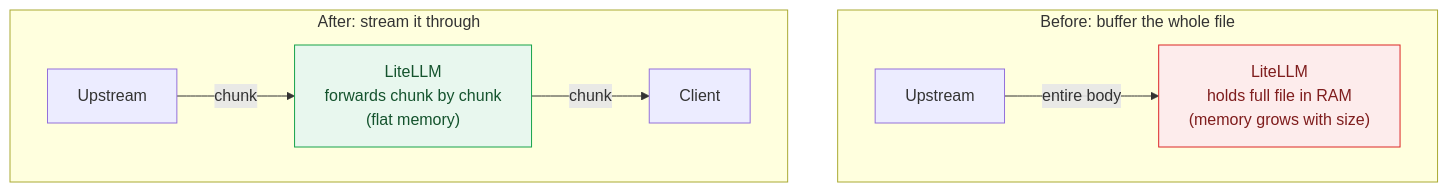
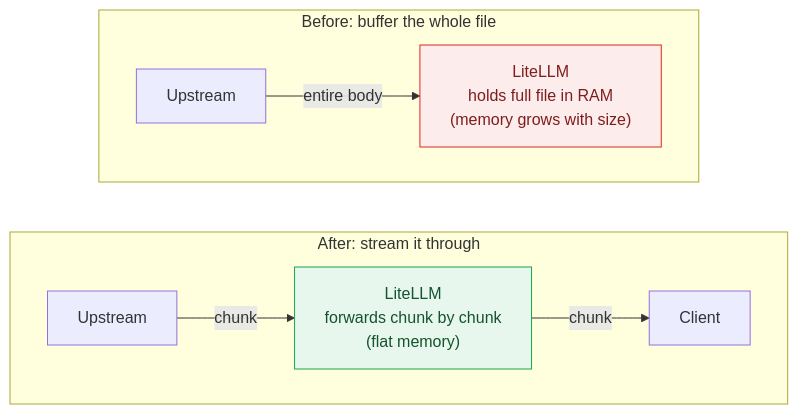
One commit to doggy8088/litellm-docs changed the third of 3 diagrams in blog/two_week_stability_update/index.md. Above: the diagram before and after it, drawn with Mermaid. The commit also changed other lines of this file, not shown here.

First line of the commit message:
docs(blog): AI Eng by bug-type, simplify appendix, stack perf diagram

````diff
--- a/blog/two_week_stability_update/index.md
+++ b/blog/two_week_stability_update/index.md
@@ -93,15 +90,16 @@
 ```mermaid
 flowchart TB
   subgraph B["Before: buffer the whole file"]
     direction LR
     U1[Upstream] -->|entire body| L1["LiteLLM<br/>holds full file in RAM<br/>(memory grows with size)"]
   end
   subgraph A["After: stream it through"]
     direction LR
     U2[Upstream] -->|chunk| L2["LiteLLM<br/>forwards chunk by chunk<br/>(flat memory)"] -->|chunk| C2[Client]
   end
+  L1 ~~~ U2
   classDef bad fill:#fdecec,stroke:#dc2626,color:#7f1d1d;
   classDef good fill:#e8f7ee,stroke:#16a34a,color:#14532d;
   class L1 bad;
   class L2 good;
 ```
````
